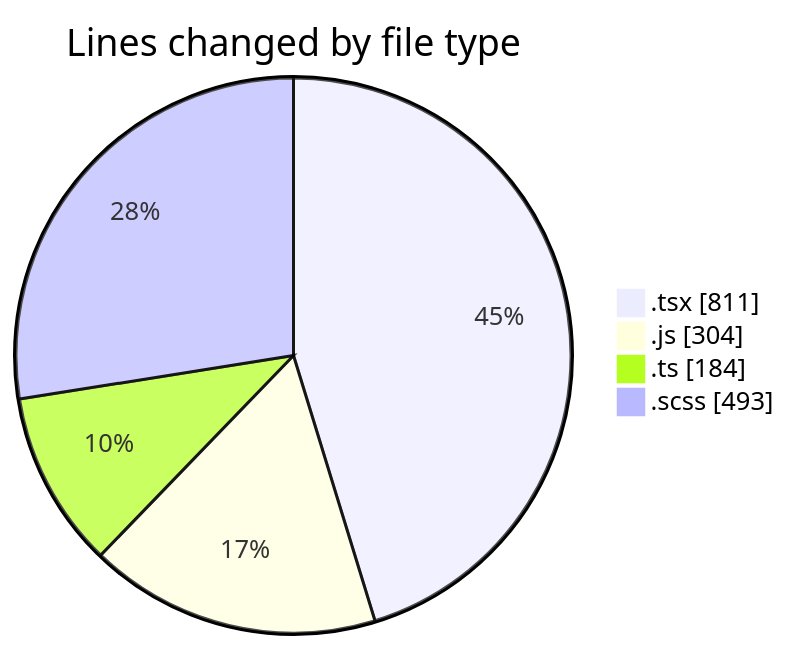
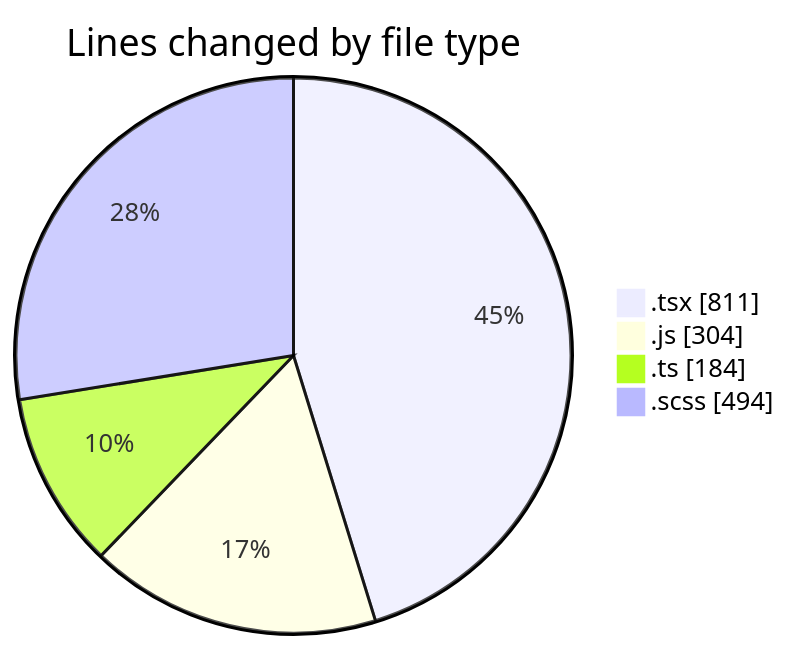
One commit to momahboobian/code-tracking changed the first of 2 diagrams in 2025-02-26/cda/README.md. Above: the diagram before and after it, drawn with Mermaid. The commit also changed other lines of this file and 1 other file, not shown here.

````diff
--- a/2025-02-26/cda/README.md
+++ b/2025-02-26/cda/README.md
@@ -37,8 +37,8 @@
 ```mermaid
 pie showData
 title Lines changed by file type
 ".tsx" : 811
 ".js" : 304
 ".ts" : 184
-".scss" : 493
+".scss" : 494
 ```
````
